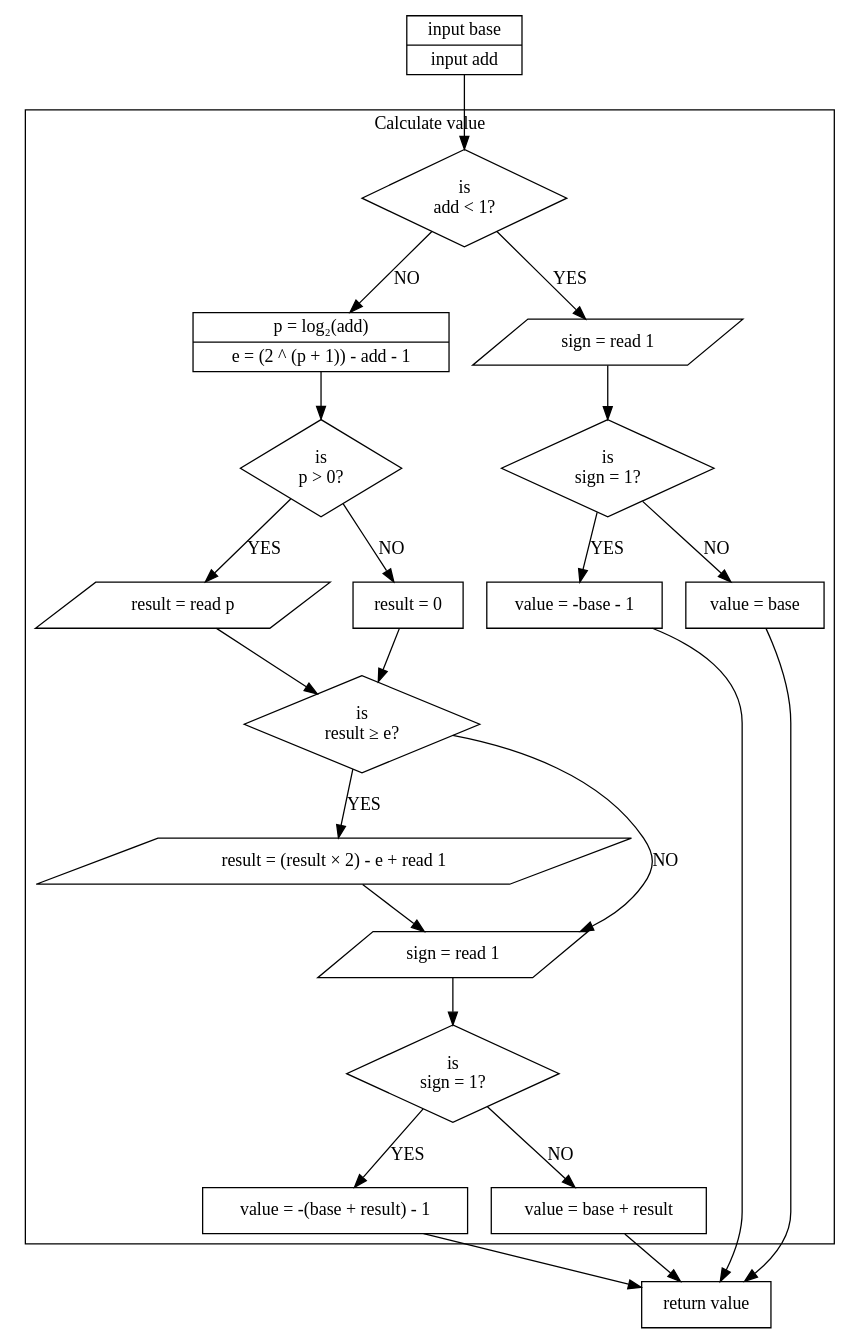
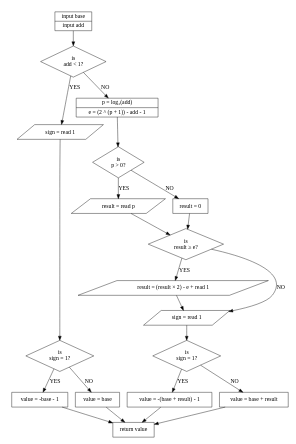
Before and after one commit to tuffy/python-audio-tools: the diagram in docs/reference/figures/wavpack_read_residual3.dot, drawn with Graphviz. The commit also changed 6 other files, not shown here.

```diff
--- a/docs/reference/figures/wavpack_read_residual3.dot
+++ b/docs/reference/figures/wavpack_read_residual3.dot
@@ -1,51 +1,52 @@
 digraph wavpack_residual3 {
   node [fontname="DejaVuSans"];
   edge [fontname="DejaVuSans"];
-
+  size = "3,9";
+  margin = "0";
   init [shape=record,label="{input base|input add}"];
   done [shape=record,label="{return value}"];
 
-  subgraph cluster_residual3 {
-    label="Calculate value";
+  /*subgraph cluster_residual3 {
+    label="Calculate value";*/
 
-    test_add [shape=diamond,label="is\nadd < 1?"];
-    sign1 [shape=parallelogram,label="sign = read 1"];
-    test_sign_1 [shape=diamond,label="is\nsign = 1?"];
-    test_sign_1_yes [shape=box,label="value = -base - 1"];
-    test_sign_1_no [shape=box,label="value = base"];
+  test_add [shape=diamond,label="is\nadd < 1?"];
+  sign1 [shape=parallelogram,label="sign = read 1"];
+  test_sign_1 [shape=diamond,label="is\nsign = 1?"];
+  test_sign_1_yes [shape=box,label="value = -base - 1"];
+  test_sign_1_no [shape=box,label="value = base"];
 
-    calc_p_e [shape=record,label="{p = log₂(add)|e = (2 ^ (p + 1)) - add - 1}"];
-    test_p [shape=diamond,label="is\np > 0?"];
-    result1_read [shape=parallelogram,label="result = read p"];
-    result1_assign [shape=box,label="result = 0"];
+  calc_p_e [shape=record,label="{p = log₂(add)|e = (2 ^ (p + 1)) - add - 1}"];
+  test_p [shape=diamond,label="is\np > 0?"];
+  result1_read [shape=parallelogram,label="result = read p"];
+  result1_assign [shape=box,label="result = 0"];
 
-    test_result [shape=diamond,label="is\nresult ≥ e?"];
-    test_result_yes [shape=parallelogram,label="result = (result × 2) - e + read 1"];
-    sign2 [shape=parallelogram,label="sign = read 1"];
-    test_sign_2 [shape=diamond,label="is\nsign = 1?"];
-    test_sign_2_yes [shape=box,label="value = -(base + result) - 1"];
-    test_sign_2_no [shape=box,label="value = base + result"];
-  }
+  test_result [shape=diamond,label="is\nresult ≥ e?"];
+  test_result_yes [shape=parallelogram,label="result = (result × 2) - e + read 1"];
+  sign2 [shape=parallelogram,label="sign = read 1"];
+  test_sign_2 [shape=diamond,label="is\nsign = 1?"];
+  test_sign_2_yes [shape=box,label="value = -(base + result) - 1"];
+  test_sign_2_no [shape=box,label="value = base + result"];
+  /*}*/
 
   init -> test_add;
   test_add -> sign1 [label="YES"];
   sign1 -> test_sign_1;
   test_sign_1 -> test_sign_1_yes [label="YES"];
   test_sign_1 -> test_sign_1_no [label="NO"];
   test_sign_1_yes -> done;
   test_sign_1_no -> done;
   test_add -> calc_p_e [label="NO"];
   calc_p_e -> test_p;
   test_p -> result1_read [label="YES"];
   test_p -> result1_assign [label="NO"];
   result1_read -> test_result;
   result1_assign -> test_result;
   test_result -> test_result_yes [label="YES"];
   test_result -> sign2 [label="NO"];
   test_result_yes -> sign2;
   sign2 -> test_sign_2;
   test_sign_2 -> test_sign_2_yes [label="YES"];
   test_sign_2 -> test_sign_2_no [label="NO"];
   test_sign_2_yes -> done;
   test_sign_2_no -> done;
 }
```
